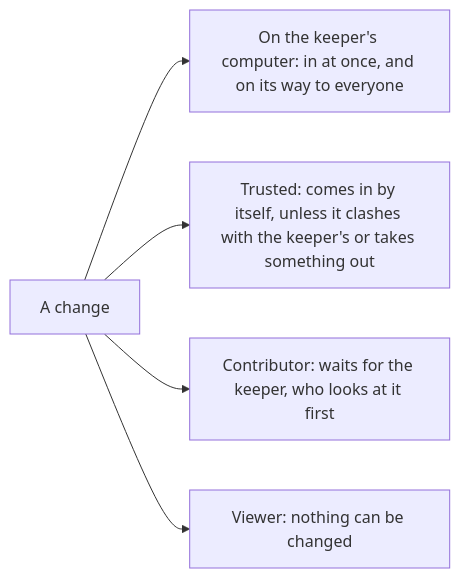
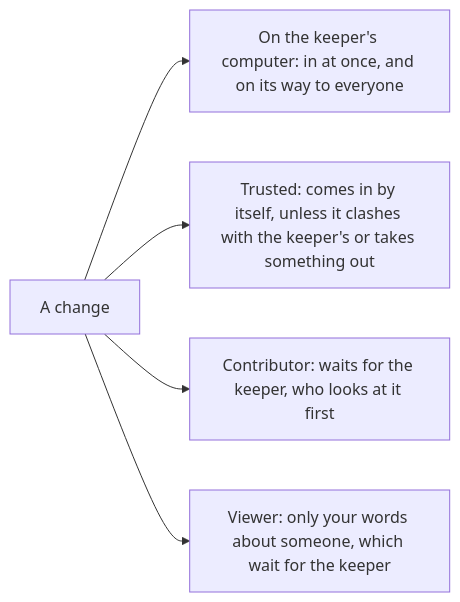
One commit to khilfi/ancestree changed the third of 7 diagrams in GUIDE.md. Above: the diagram before and after it, drawn with Mermaid. The commit also changed other lines of this file and 251 other files, not shown here.

````diff
--- a/GUIDE.md
+++ b/GUIDE.md
@@ -823,7 +895,7 @@
 ```mermaid
 flowchart LR
   C["A change"] --> K["On the keeper's computer: in at once, and on its way to everyone"]
   C --> T["Trusted: comes in by itself, unless it clashes with the keeper's or takes something out"]
   C --> N["Contributor: waits for the keeper, who looks at it first"]
-  C --> V["Viewer: nothing can be changed"]
+  C --> V["Viewer: only your words about someone, which wait for the keeper"]
 ```
````
